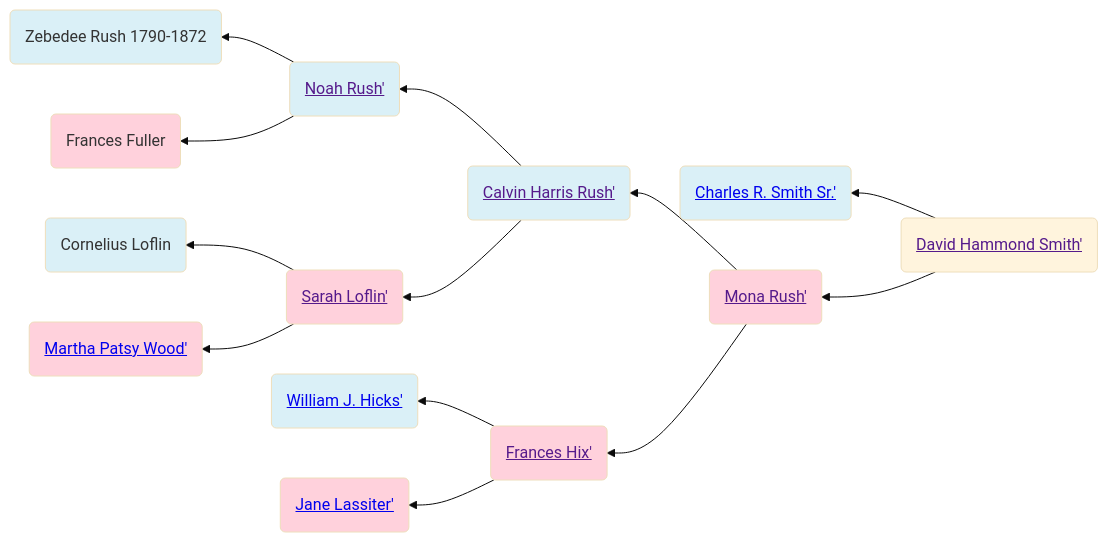
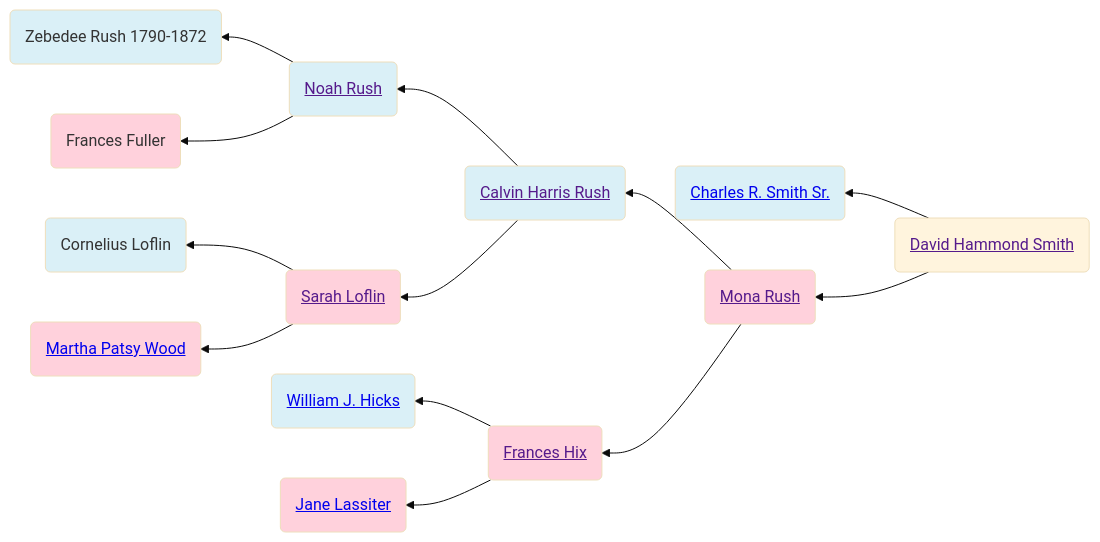
One commit to neelsmith/avocational changed the diagram in familyhistory/sources/people/Smith-line/David_Hammond_Smith.qmd. Above: the diagram before and after it, drawn with Mermaid (base theme). The commit also changed 96 other files, not shown here.

````diff
--- a/familyhistory/sources/people/Smith-line/David_Hammond_Smith.qmd
+++ b/familyhistory/sources/people/Smith-line/David_Hammond_Smith.qmd
@@ -19,32 +19,32 @@
 ```{mermaid}
 graph RL
 %% RL ancestor diagram
-David_Hammond_Smith(<a href=''>David Hammond Smith'</>) -->  Charles_R._Smith_Sr.(<a href='./Charles_R._Smith_Sr..html'>Charles R. Smith Sr.'</>)
+David_Hammond_Smith(<a href=''>David Hammond Smith</a>) -->  Charles_R._Smith_Sr.(<a href='./Charles_R._Smith_Sr..html'>Charles R. Smith Sr.</a>)
 class Charles_R._Smith_Sr. father
-David_Hammond_Smith(<a href=''>David Hammond Smith'</>)  --> Mona_Rush(<a href='./../Rush-line/Mona_Rush.html'>Mona Rush'</>)
-Mona_Rush(<a href=''>Mona Rush'</>) -->  Calvin_Harris_Rush(<a href='./Calvin_Harris_Rush.html'>Calvin Harris Rush'</>)
-Calvin_Harris_Rush(<a href=''>Calvin Harris Rush'</>) -->  Noah_Rush(<a href='./Noah_Rush.html'>Noah Rush'</>)
-Noah_Rush(<a href=''>Noah Rush'</>) -->  Zebedee_Rush_1790-1872(Zebedee Rush 1790-1872)
+David_Hammond_Smith(<a href=''>David Hammond Smith</a>)  --> Mona_Rush(<a href='./../Rush-line/Mona_Rush.html'>Mona Rush</a>)
+Mona_Rush(<a href=''>Mona Rush</a>) -->  Calvin_Harris_Rush(<a href='./Calvin_Harris_Rush.html'>Calvin Harris Rush</a>)
+Calvin_Harris_Rush(<a href=''>Calvin Harris Rush</a>) -->  Noah_Rush(<a href='./Noah_Rush.html'>Noah Rush</a>)
+Noah_Rush(<a href=''>Noah Rush</a>) -->  Zebedee_Rush_1790-1872(Zebedee Rush 1790-1872)
 class Zebedee_Rush_1790-1872 father
-Noah_Rush(<a href=''>Noah Rush'</>)  --> Frances_Fuller(Frances Fuller)
+Noah_Rush(<a href=''>Noah Rush</a>)  --> Frances_Fuller(Frances Fuller)
 class Frances_Fuller mother
 class Noah_Rush father
-Calvin_Harris_Rush(<a href=''>Calvin Harris Rush'</>)  --> Sarah_Loflin(<a href='./../Randolph_county_lines/Loflin/Sarah_Loflin.html'>Sarah Loflin'</>)
-Sarah_Loflin(<a href=''>Sarah Loflin'</>) -->  Cornelius_Loflin(Cornelius Loflin)
+Calvin_Harris_Rush(<a href=''>Calvin Harris Rush</a>)  --> Sarah_Loflin(<a href='./../Randolph_county_lines/Loflin/Sarah_Loflin.html'>Sarah Loflin</a>)
+Sarah_Loflin(<a href=''>Sarah Loflin</a>) -->  Cornelius_Loflin(Cornelius Loflin)
 class Cornelius_Loflin father
-Sarah_Loflin(<a href=''>Sarah Loflin'</>)  --> Martha_Patsy_Wood(<a href='./../Martha_Patsy_Wood.html'>Martha Patsy Wood'</>)
+Sarah_Loflin(<a href=''>Sarah Loflin</a>)  --> Martha_Patsy_Wood(<a href='./../Martha_Patsy_Wood.html'>Martha Patsy Wood</a>)
 class Martha_Patsy_Wood mother
 class Sarah_Loflin mother
 class Calvin_Harris_Rush father
-Mona_Rush(<a href=''>Mona Rush'</>)  --> Frances_Hix(<a href='./../Randolph_county_lines/Hicks/Frances_Hix.html'>Frances Hix'</>)
-Frances_Hix(<a href=''>Frances Hix'</>) -->  William_J._Hicks(<a href='./William_J._Hicks.html'>William J. Hicks'</>)
+Mona_Rush(<a href=''>Mona Rush</a>)  --> Frances_Hix(<a href='./../Randolph_county_lines/Hicks/Frances_Hix.html'>Frances Hix</a>)
+Frances_Hix(<a href=''>Frances Hix</a>) -->  William_J._Hicks(<a href='./William_J._Hicks.html'>William J. Hicks</a>)
 class William_J._Hicks father
-Frances_Hix(<a href=''>Frances Hix'</>)  --> Jane_Lassiter(<a href='./../Lassiter/Jane_Lassiter.html'>Jane Lassiter'</>)
+Frances_Hix(<a href=''>Frances Hix</a>)  --> Jane_Lassiter(<a href='./../Lassiter/Jane_Lassiter.html'>Jane Lassiter</a>)
 class Jane_Lassiter mother
 class Frances_Hix mother
 class Mona_Rush mother
 classDef mother fill:#ffd1dc
 classDef father fill:#daf0f7  
 classDef marriage fill:#ffffff
 
 ```
````
